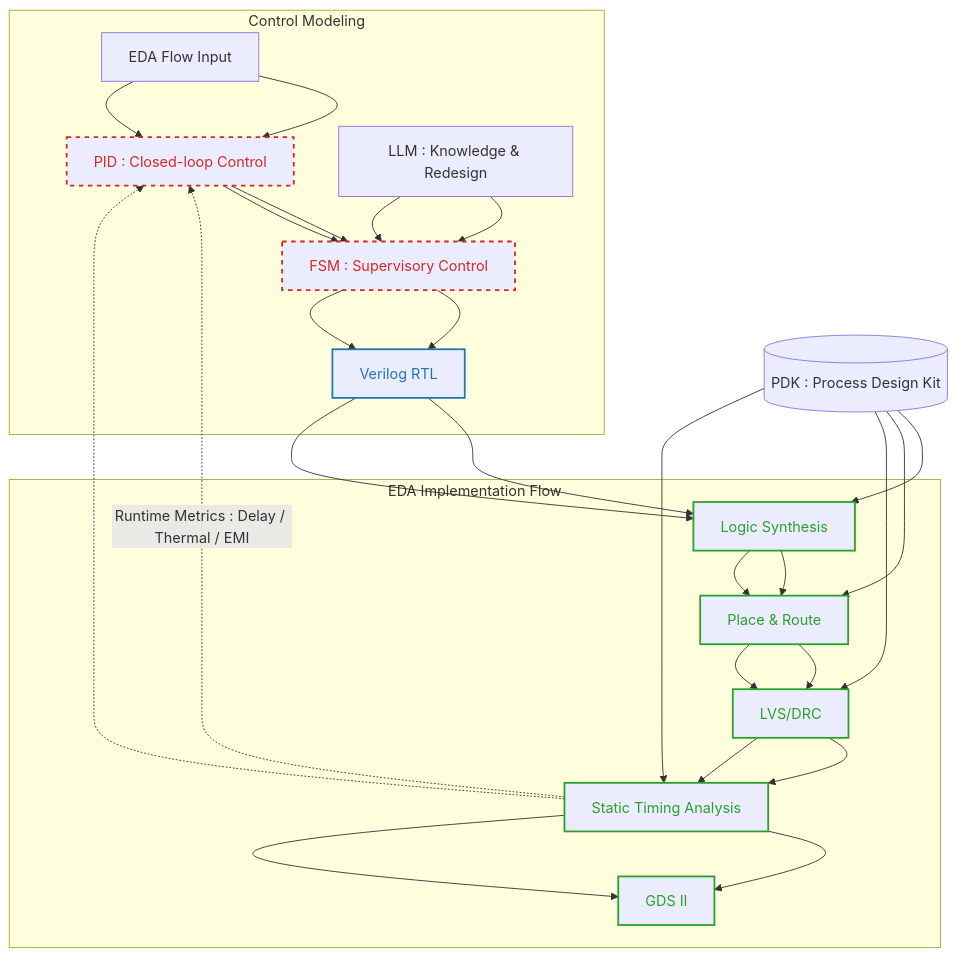
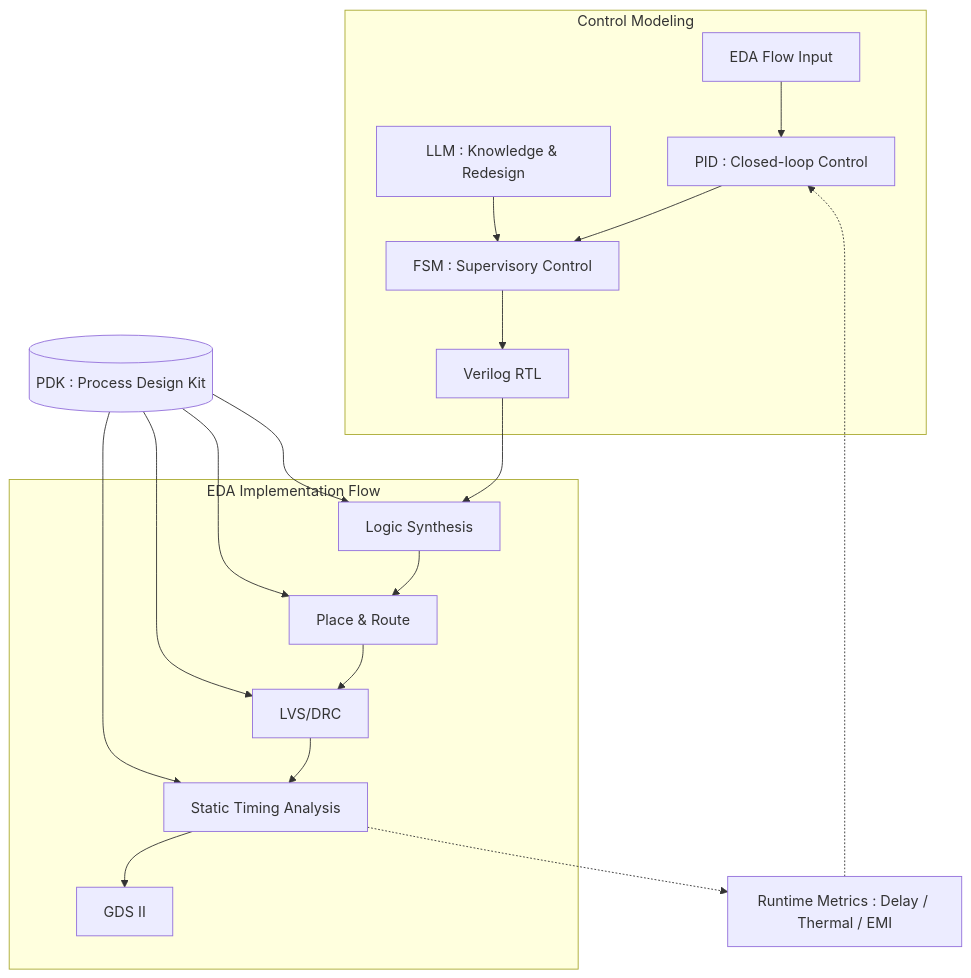
One commit to Samizo-AITL/Edusemi-v4x changed the diagram in f_chapter6_research/index.md. Above: the diagram before and after it, drawn with Mermaid.

````diff
--- a/f_chapter6_research/index.md
+++ b/f_chapter6_research/index.md
@@ -52,45 +52,27 @@
 ```mermaid
 flowchart TB
     subgraph Modeling [Control Modeling]
         A[EDA Flow Input] --> B[PID : Closed-loop Control]
         B --> C[FSM : Supervisory Control]
         F[LLM : Knowledge & Redesign] --> C
         C --> RTL[Verilog RTL]
     end
 
     subgraph EDA [EDA Implementation Flow]
         RTL --> Synth[Logic Synthesis]
         Synth --> PnR[Place & Route]
         PnR --> LVS[LVS/DRC]
         LVS --> STA[Static Timing Analysis]
         STA --> GDS[GDS II]
     end
 
-    %% Feedback loop (only one arrow, from STA back to PID)
-    STA -.->|Runtime Metrics : Delay / Thermal / EMI| B
+    %% Feedback loop via Metrics
+    STA -.-> M[Runtime Metrics : Delay / Thermal / EMI]
+    M -.-> B
 
     %% PDK supports downstream
     PDK[(PDK : Process Design Kit)] --> Synth
     PDK --> PnR
     PDK --> LVS
     PDK --> STA
-
-    %% ---- Styles ----
-    classDef ctrl stroke:#1f77b4,stroke-width:2px,color:#1f77b4;
-    classDef eda stroke:#2ca02c,stroke-width:2px,color:#2ca02c;
-    classDef llm stroke:#d62728,stroke-width:2px,color:#d62728,stroke-dasharray: 5 5;
-
-    %% Assign colors
-    A --> B:::ctrl
-    B --> C:::ctrl
-    C --> RTL:::ctrl
-
-    RTL --> Synth:::eda
-    Synth --> PnR:::eda
-    PnR --> LVS:::eda
-    LVS --> STA:::eda
-    STA --> GDS:::eda
-
-    F --> C:::llm
-    STA -.-> B:::llm
 ```
````
